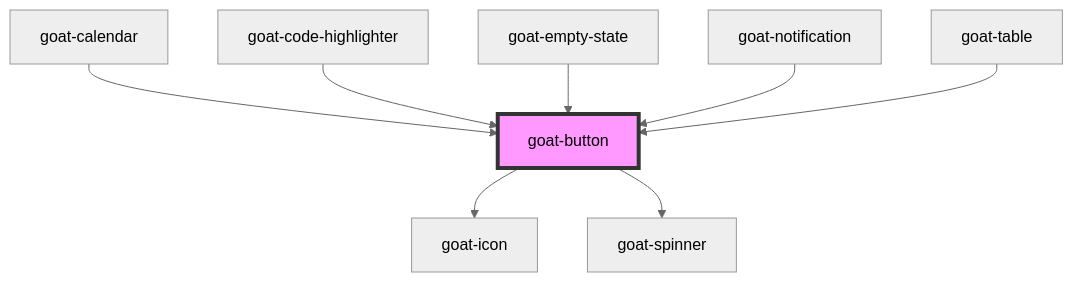
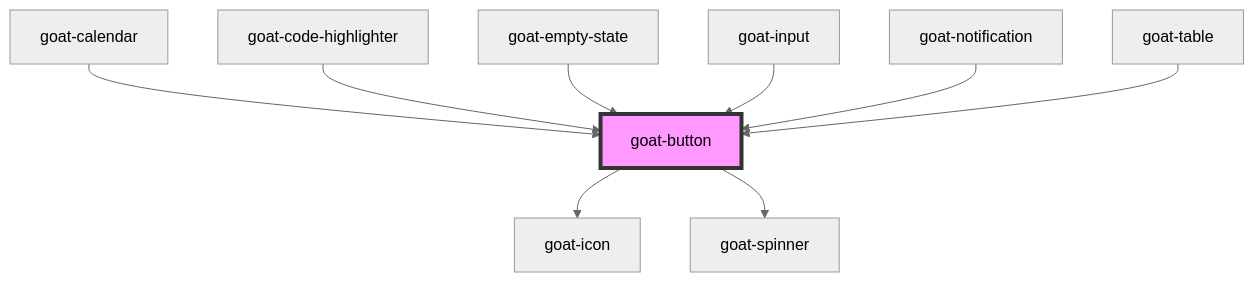
Before and after one commit to goatui/components: the diagram in src/components/general/button/readme.md, drawn with Mermaid (neutral theme). The commit also changed other lines of this file and 60 other files, not shown here.

````diff
--- a/src/components/general/button/readme.md
+++ b/src/components/general/button/readme.md
@@ -84,11 +85,12 @@
 ```mermaid
 graph TD;
   goat-button --> goat-icon
   goat-button --> goat-spinner
   goat-calendar --> goat-button
   goat-code-highlighter --> goat-button
   goat-empty-state --> goat-button
+  goat-input --> goat-button
   goat-notification --> goat-button
   goat-table --> goat-button
   style goat-button fill:#f9f,stroke:#333,stroke-width:4px
 ```
````
